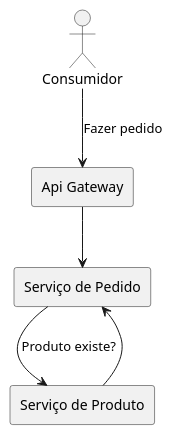
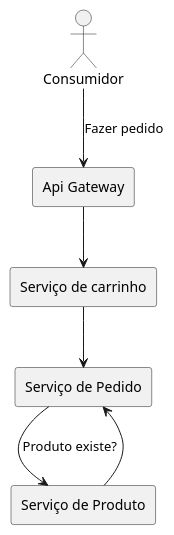
One commit to alvarengacarlos/Order changed the diagram in docs/comunicacao-entre-servicos/fazer-pedido.plantuml. Above: the diagram before and after it, drawn with PlantUML. The commit also changed 3 other files, not shown here.

```diff
--- a/docs/comunicacao-entre-servicos/fazer-pedido.plantuml
+++ b/docs/comunicacao-entre-servicos/fazer-pedido.plantuml
@@ -1,13 +1,16 @@
 @startuml
 ' Definições
 actor Consumidor
 rectangle "Api Gateway" as ApiGateway
+rectangle "Serviço de carrinho" as CarrinhoServico
 rectangle "Serviço de Pedido" as PedidoServico
 rectangle "Serviço de Produto" as ProdutoServico
 
+
 ' Relação
 Consumidor --> ApiGateway : Fazer pedido
-ApiGateway --> PedidoServico
+ApiGateway --> CarrinhoServico
+CarrinhoServico --> PedidoServico
 PedidoServico --> ProdutoServico : Produto existe?
 ProdutoServico --> PedidoServico
 @enduml
```
